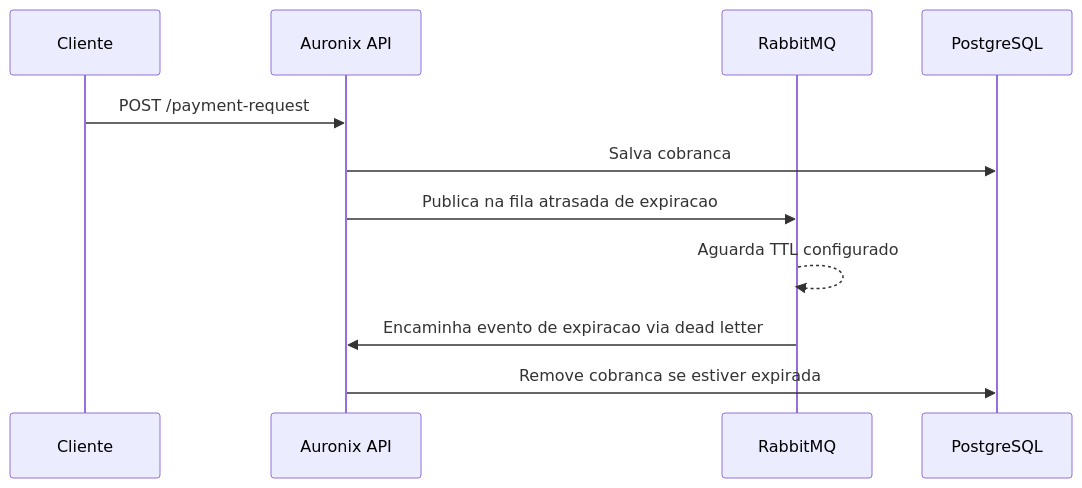
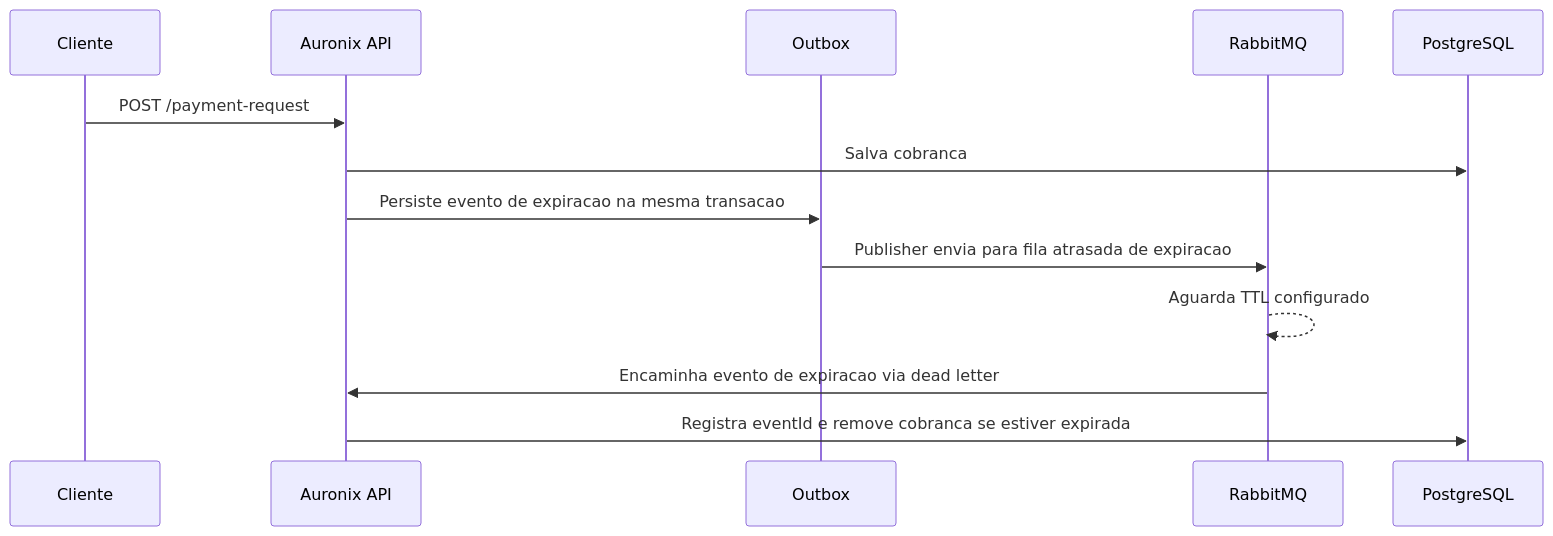
One commit to Joaopdiasventura/Auronix-server changed the third of 3 diagrams in docs/pt-br/arquitetura/README.md. Above: the diagram before and after it, drawn with Mermaid. The commit also changed other lines of this file, not shown here.

Commit message:
docs(architecture): document reliability and failure flows

````diff
--- a/docs/pt-br/arquitetura/README.md
+++ b/docs/pt-br/arquitetura/README.md
@@ -52,13 +61,15 @@
 ```mermaid
 sequenceDiagram
     participant C as Cliente
     participant API as Auronix API
+    participant OB as Outbox
     participant MQ as RabbitMQ
     participant DB as PostgreSQL
     C->>API: POST /payment-request
     API->>DB: Salva cobranca
-    API->>MQ: Publica na fila atrasada de expiracao
+    API->>OB: Persiste evento de expiracao na mesma transacao
+    OB->>MQ: Publisher envia para fila atrasada de expiracao
     MQ-->>MQ: Aguarda TTL configurado
     MQ->>API: Encaminha evento de expiracao via dead letter
-    API->>DB: Remove cobranca se estiver expirada
+    API->>DB: Registra eventId e remove cobranca se estiver expirada
 ```
````
